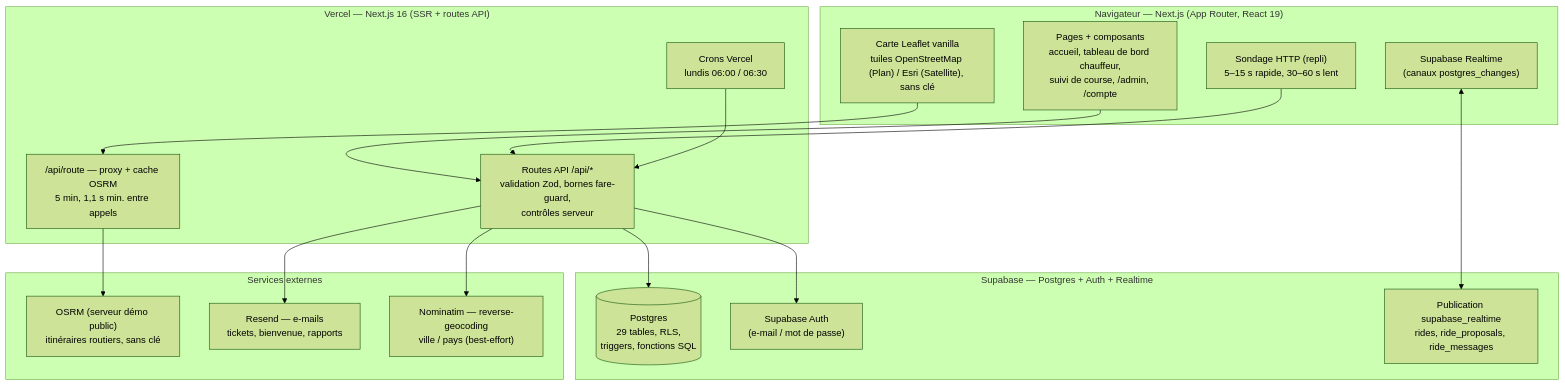
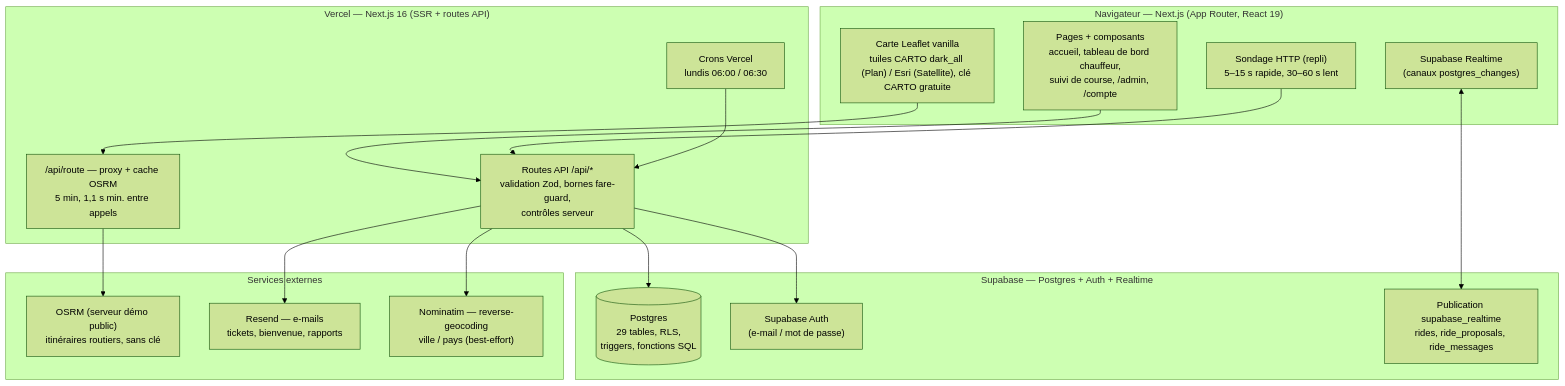
The first of 3 diagrams in docs/ARCHITECTURE.md (BVDMANN/Stacks-Drive), drawn with Mermaid (forest theme) before and after one commit. The commit also changed other lines of this file and 74 other files, not shown here.

Commit message:
v2.42-v2.46 : libelles quartiers en double corriges, POI bars/restaurants/grands lieux, palette Nuit violette, compte admin uniquement, fond Plan CARTO dark_all

````diff
--- a/docs/ARCHITECTURE.md
+++ b/docs/ARCHITECTURE.md
@@ -29,34 +29,34 @@
 ```mermaid
 flowchart TB
     subgraph Client["Navigateur — Next.js (App Router, React 19)"]
         UI["Pages + composants<br/>accueil, tableau de bord chauffeur,<br/>suivi de course, /admin, /compte"]
-        MAP["Carte Leaflet vanilla<br/>tuiles OpenStreetMap (Plan) / Esri (Satellite), sans clé"]
+        MAP["Carte Leaflet vanilla<br/>tuiles CARTO dark_all (Plan) / Esri (Satellite), clé CARTO gratuite"]
         RT["Supabase Realtime<br/>(canaux postgres_changes)"]
         POLL["Sondage HTTP (repli)<br/>5–15 s rapide, 30–60 s lent"]
     end
     subgraph Vercel["Vercel — Next.js 16 (SSR + routes API)"]
         API["Routes API /api/*<br/>validation Zod, bornes fare-guard,<br/>contrôles serveur"]
         CRON["Crons Vercel<br/>lundis 06:00 / 06:30"]
         OSRM_PROXY["/api/route — proxy + cache OSRM<br/>5 min, 1,1 s min. entre appels"]
     end
     subgraph Supabase["Supabase — Postgres + Auth + Realtime"]
         PG[("Postgres<br/>29 tables, RLS,<br/>triggers, fonctions SQL")]
         AUTH["Supabase Auth<br/>(e-mail / mot de passe)"]
         PUB["Publication supabase_realtime<br/>rides, ride_proposals, ride_messages"]
     end
     subgraph Ext["Services externes"]
         OSRM["OSRM (serveur démo public)<br/>itinéraires routiers, sans clé"]
         RESEND["Resend — e-mails<br/>tickets, bienvenue, rapports"]
         NOM["Nominatim — reverse-geocoding<br/>ville / pays (best-effort)"]
     end
     UI --> API
     MAP --> OSRM_PROXY
     RT <--> PUB
     POLL --> API
     API --> PG
     API --> AUTH
     CRON --> API
     OSRM_PROXY --> OSRM
     API --> RESEND
     API --> NOM
 ```
````
